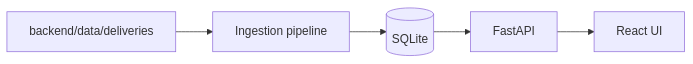
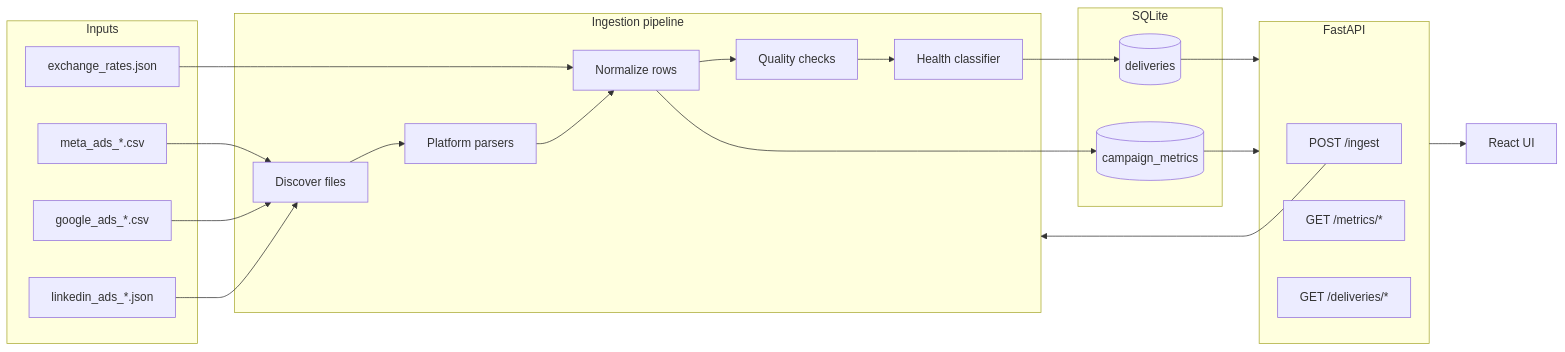
The diagram in README.md (ysskrishna/campaign-data-hub), drawn with Mermaid before and after one commit. The commit also changed other lines of this file and 2 other files, not shown here.

Commit message:
Update Makefile for development commands and enhance README with setup instructions. Add new commands for installing dependencies, starting services, and ingesting data. Modify HealthPage to display rejected rows and improve acceptance rate metrics in the UI.

````diff
--- a/README.md
+++ b/README.md
@@ -41,7 +41,42 @@
 ```mermaid
 flowchart LR
-  files[backend/data/deliveries] --> pipeline[Ingestion pipeline]
-  pipeline --> sqlite[(SQLite)]
-  sqlite --> api[FastAPI]
-  api --> ui[React UI]
+  subgraph inputs [Inputs]
+    meta[meta_ads_*.csv]
+    google[google_ads_*.csv]
+    linkedin[linkedin_ads_*.json]
+    rates[exchange_rates.json]
+  end
+
+  subgraph pipeline [Ingestion pipeline]
+    discover[Discover files]
+    parse[Platform parsers]
+    normalize[Normalize rows]
+    quality[Quality checks]
+    classify[Health classifier]
+  end
+
+  subgraph storage [SQLite]
+    deliveries[(deliveries)]
+    metrics[(campaign_metrics)]
+  end
+
+  subgraph api [FastAPI]
+    ingest_api[POST /ingest]
+    metrics_api[GET /metrics/*]
+    health_api[GET /deliveries/*]
+  end
+
+  ui[React UI]
+
+  meta --> discover
+  google --> discover
+  linkedin --> discover
+  rates --> normalize
+  discover --> parse --> normalize --> quality --> classify
+  classify --> deliveries
+  normalize --> metrics
+  deliveries --> api
+  metrics --> api
+  ingest_api --> pipeline
+  api --> ui
 ```
````
